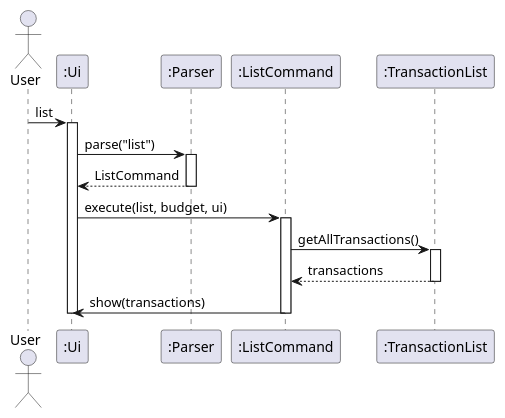
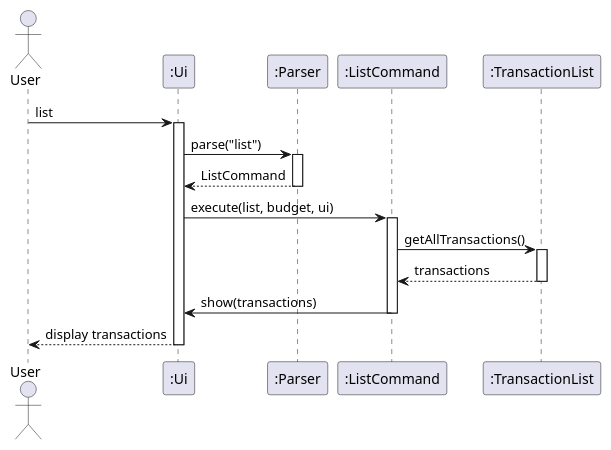
One commit to AY2526S2-CS2113-T14-4/tp changed the diagram in docs/diagrams/ListSequenceDiagram.puml. Above: the diagram before and after it, drawn with PlantUML.

Commit message:
Fix return arrow

```diff
--- a/docs/diagrams/ListSequenceDiagram.puml
+++ b/docs/diagrams/ListSequenceDiagram.puml
@@ -1,28 +1,29 @@
 @startuml
 actor User
 participant ":Ui" as Ui
 participant ":Parser" as Parser
 participant ":ListCommand" as ListCommand
 participant ":TransactionList" as TransactionList
 
 User -> Ui : list
 activate Ui
 
 Ui -> Parser : parse("list")
 activate Parser
 Parser --> Ui : ListCommand
 deactivate Parser
 
 Ui -> ListCommand : execute(list, budget, ui)
 activate ListCommand
 
 ListCommand -> TransactionList : getAllTransactions()
 activate TransactionList
 TransactionList --> ListCommand : transactions
 deactivate TransactionList
 
 ListCommand -> Ui : show(transactions)
 deactivate ListCommand
 
+Ui --> User : display transactions
 deactivate Ui
 @enduml
```
